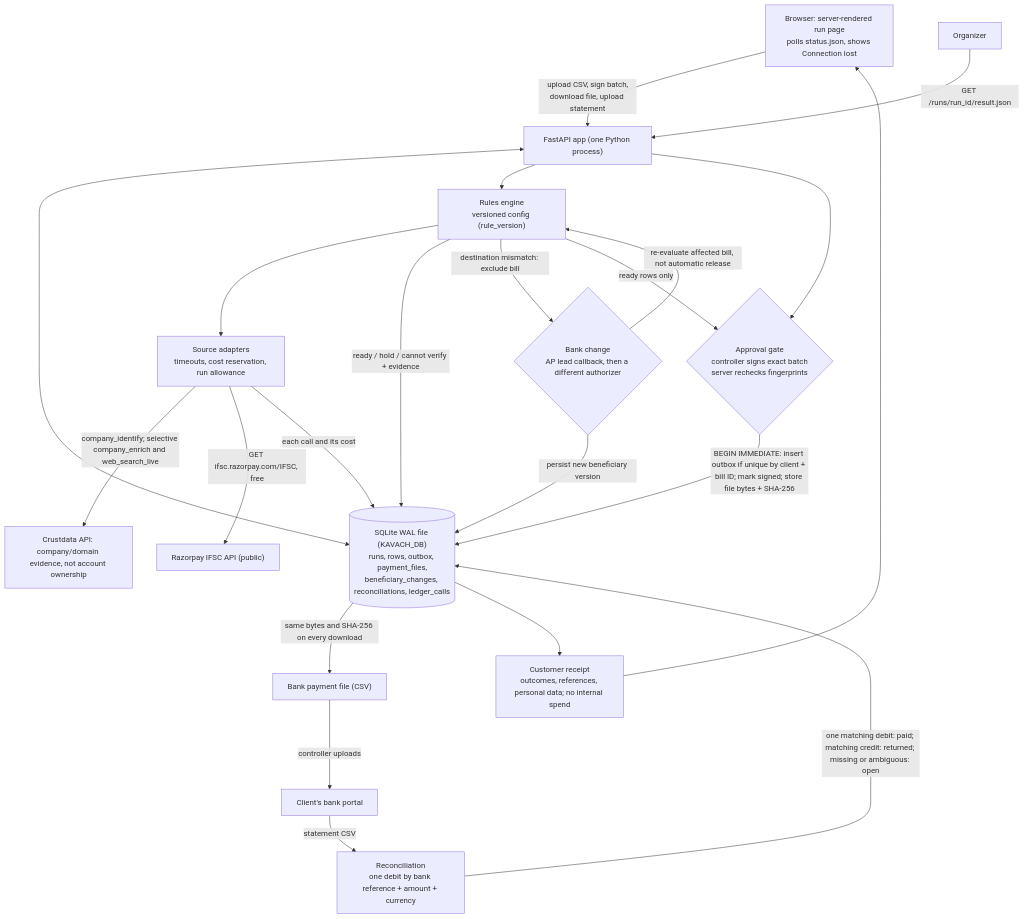
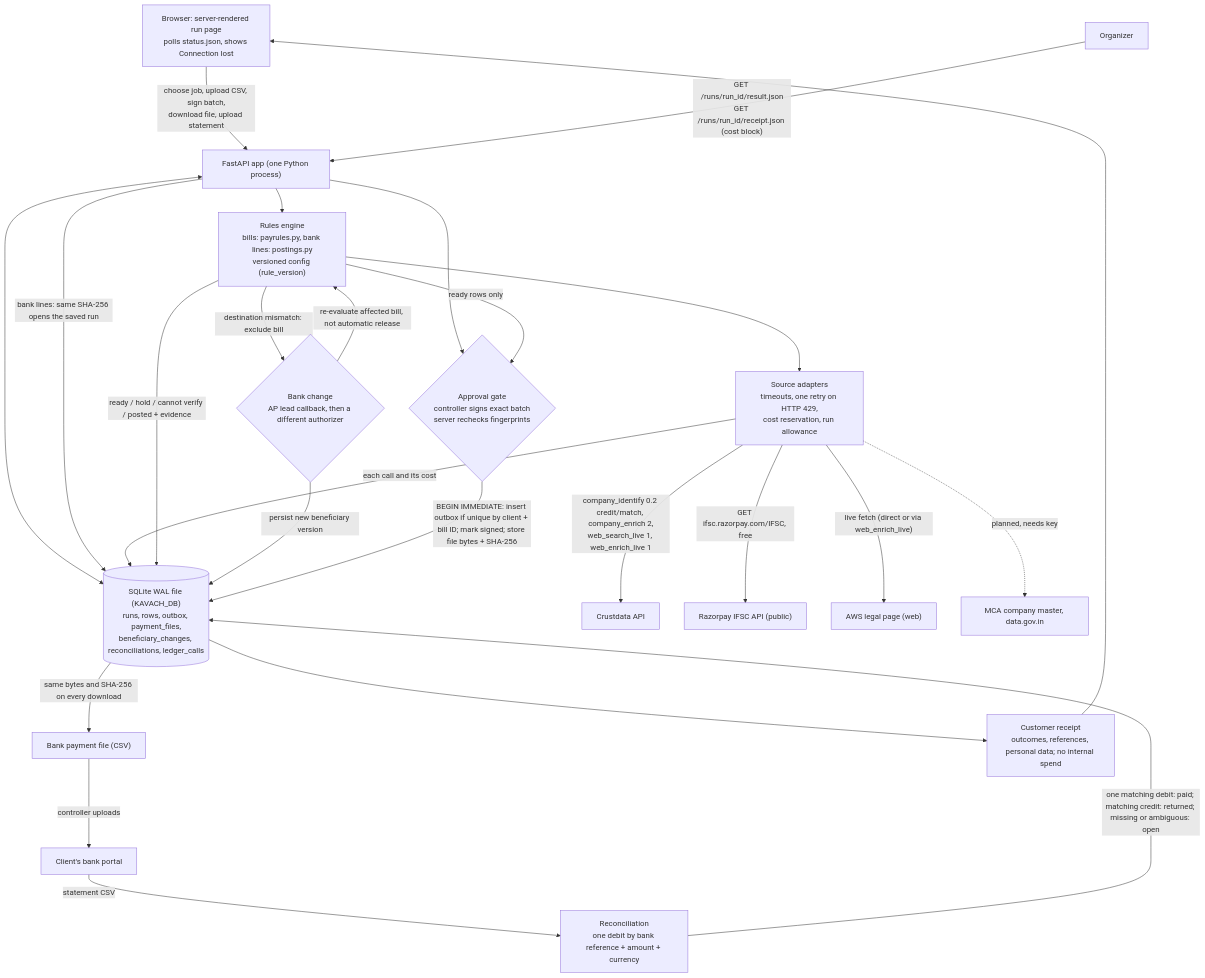
Before and after one commit to ecstaticifrit/CC-DoM: the diagram in docs/architecture.md, drawn with Mermaid. The commit also changed other lines of this file and 13 other files, not shown here.

First line of the commit message:
Restore the bank-lines job, show per-call cost in receipt.json, final checks

````diff
--- a/docs/architecture.md
+++ b/docs/architecture.md
@@ -5,24 +7,27 @@
 ```mermaid
 flowchart TD
-    B["Browser: server-rendered run page<br/>polls status.json, shows Connection lost"] -->|"upload CSV, sign batch,<br/>download file, upload statement"| API["FastAPI app (one Python process)"]
-    ORG["Organizer"] -->|"GET /runs/run_id/result.json"| API
+    B["Browser: server-rendered run page<br/>polls status.json, shows Connection lost"] -->|"choose job, upload CSV, sign batch,<br/>download file, upload statement"| API["FastAPI app (one Python process)"]
+    ORG["Organizer"] -->|"GET /runs/run_id/result.json<br/>GET /runs/run_id/receipt.json (cost block)"| API
     API <--> DB[("SQLite WAL file (KAVACH_DB)<br/>runs, rows, outbox, payment_files,<br/>beneficiary_changes, reconciliations, ledger_calls")]
-    API --> RULES["Rules engine<br/>versioned config (rule_version)"]
-    RULES --> AD["Source adapters<br/>timeouts, cost reservation, run allowance"]
-    AD -->|"company_identify; selective company_enrich and web_search_live"| CD["Crustdata API: company/domain evidence, not account ownership"]
+    API -->|"bank lines: same SHA-256 opens the saved run"| DB
+    API --> RULES["Rules engine<br/>bills: payrules.py, bank lines: postings.py<br/>versioned config (rule_version)"]
+    RULES --> AD["Source adapters<br/>timeouts, one retry on HTTP 429,<br/>cost reservation, run allowance"]
+    AD -->|"company_identify 0.2 credit/match, company_enrich 2,<br/>web_search_live 1, web_enrich_live 1"| CD["Crustdata API"]
     AD -->|"GET ifsc.razorpay.com/IFSC, free"| IFSC["Razorpay IFSC API (public)"]
+    AD -->|"live fetch (direct or via web_enrich_live)"| WEB["AWS legal page (web)"]
+    AD -.->|"planned, needs key"| MCA["MCA company master, data.gov.in"]
     AD -->|"each call and its cost"| DB
-    RULES -->|"ready / hold / cannot verify + evidence"| DB
+    RULES -->|"ready / hold / cannot verify / posted + evidence"| DB
     RULES -->|"destination mismatch: exclude bill"| CHG{"Bank change<br/>AP lead callback, then a different authorizer"}
     CHG -->|"persist new beneficiary version"| DB
     CHG -->|"re-evaluate affected bill, not automatic release"| RULES
     API --> GATE{"Approval gate<br/>controller signs exact batch<br/>server rechecks fingerprints"}
     RULES -->|"ready rows only"| GATE
     GATE -->|"BEGIN IMMEDIATE: insert outbox if unique by client + bill ID; mark signed; store file bytes + SHA-256"| DB
     DB -->|"same bytes and SHA-256 on every download"| FILE["Bank payment file (CSV)"]
     FILE -->|"controller uploads"| BANK["Client's bank portal"]
     BANK -->|"statement CSV"| REC["Reconciliation<br/>one debit by bank reference + amount + currency"]
     REC -->|"one matching debit: paid; matching credit: returned; missing or ambiguous: open"| DB
     DB --> RCPT["Customer receipt<br/>outcomes, references, personal data; no internal spend"]
     RCPT --> B
 ```
````
